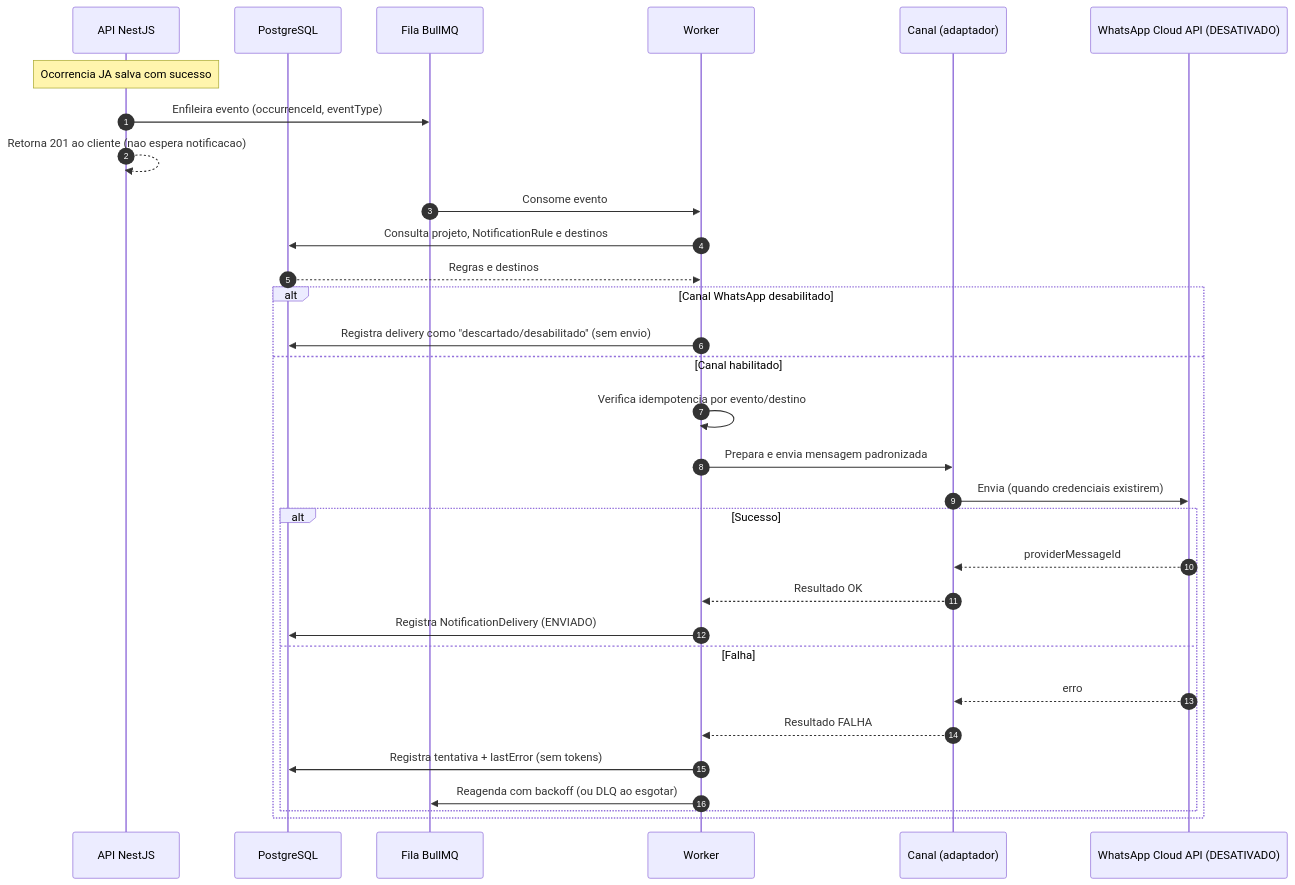
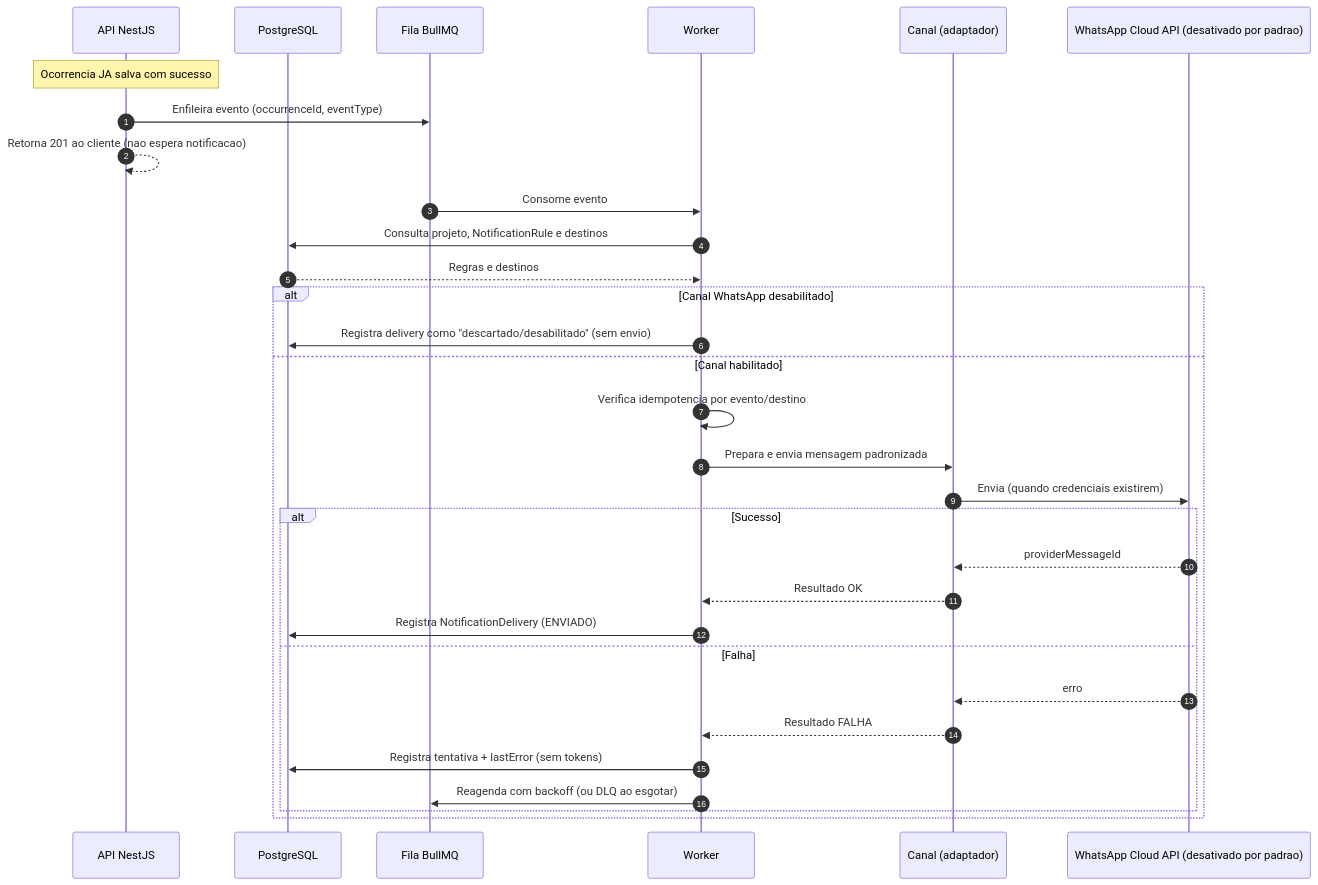
One commit to alexsandrosodre/qualitytest changed the third of 3 diagrams in docs/architecture/notificacoes-whatsapp.md. Above: the diagram before and after it, drawn with Mermaid. The commit also changed other lines of this file and 41 other files, not shown here.

````diff
--- a/docs/architecture/notificacoes-whatsapp.md
+++ b/docs/architecture/notificacoes-whatsapp.md
@@ -144,34 +144,34 @@
 ```mermaid
 sequenceDiagram
     autonumber
     participant API as API NestJS
     participant DB as PostgreSQL
     participant Q as Fila BullMQ
     participant W as Worker
     participant CH as Canal (adaptador)
-    participant WA as WhatsApp Cloud API (DESATIVADO)
+    participant WA as WhatsApp Cloud API (desativado por padrao)
 
     Note over API: Ocorrencia JA salva com sucesso
     API->>Q: Enfileira evento (occurrenceId, eventType)
     API-->>API: Retorna 201 ao cliente (nao espera notificacao)
     Q->>W: Consome evento
     W->>DB: Consulta projeto, NotificationRule e destinos
     DB-->>W: Regras e destinos
     alt Canal WhatsApp desabilitado
         W->>DB: Registra delivery como "descartado/desabilitado" (sem envio)
     else Canal habilitado
         W->>W: Verifica idempotencia por evento/destino
         W->>CH: Prepara e envia mensagem padronizada
         CH->>WA: Envia (quando credenciais existirem)
         alt Sucesso
             WA-->>CH: providerMessageId
             CH-->>W: Resultado OK
             W->>DB: Registra NotificationDelivery (ENVIADO)
         else Falha
             WA-->>CH: erro
             CH-->>W: Resultado FALHA
             W->>DB: Registra tentativa + lastError (sem tokens)
             W->>Q: Reagenda com backoff (ou DLQ ao esgotar)
         end
     end
 ```
````
